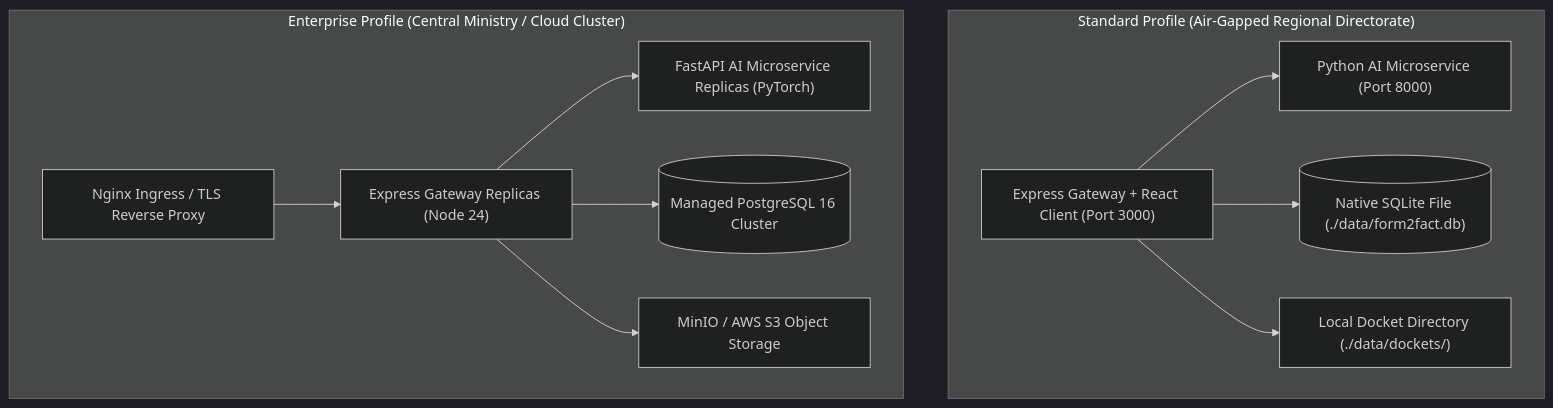
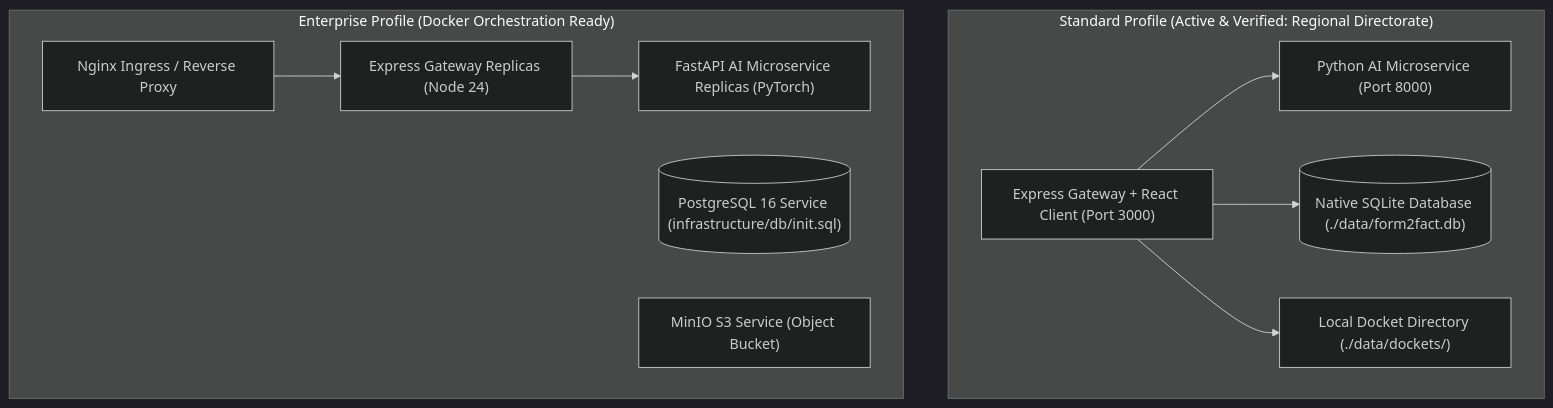
Before and after one commit to shinchxn/form2fact: the diagram in docs/final-audit/DEPLOYMENT_READINESS_REPORT.md, drawn with Mermaid (dark theme). The commit also changed other lines of this file and 10 other files, not shown here.

````diff
--- a/docs/final-audit/DEPLOYMENT_READINESS_REPORT.md
+++ b/docs/final-audit/DEPLOYMENT_READINESS_REPORT.md
@@ -15,24 +15,22 @@
 ```mermaid
 flowchart TD
-    subgraph ProfileA["Standard Profile (Air-Gapped Regional Directorate)"]
+    subgraph ProfileA["Standard Profile (Active & Verified: Regional Directorate)"]
         A1["Express Gateway + React Client (Port 3000)"]
         A2["Python AI Microservice (Port 8000)"]
-        A3[("Native SQLite File (./data/form2fact.db)")]
+        A3[("Native SQLite Database (./data/form2fact.db)")]
         A4["Local Docket Directory (./data/dockets/)"]
         A1 --> A2
         A1 --> A3
         A1 --> A4
     end
 
-    subgraph ProfileB["Enterprise Profile (Central Ministry / Cloud Cluster)"]
-        B1["Nginx Ingress / TLS Reverse Proxy"]
+    subgraph ProfileB["Enterprise Profile (Docker Orchestration Ready)"]
+        B1["Nginx Ingress / Reverse Proxy"]
         B2["Express Gateway Replicas (Node 24)"]
         B3["FastAPI AI Microservice Replicas (PyTorch)"]
-        B4[("Managed PostgreSQL 16 Cluster")]
-        B5["MinIO / AWS S3 Object Storage"]
+        B4[("PostgreSQL 16 Service (infrastructure/db/init.sql)")]
+        B5["MinIO S3 Service (Object Bucket)"]
         B1 --> B2
         B2 --> B3
-        B2 --> B4
-        B2 --> B5
     end
 ```
````
